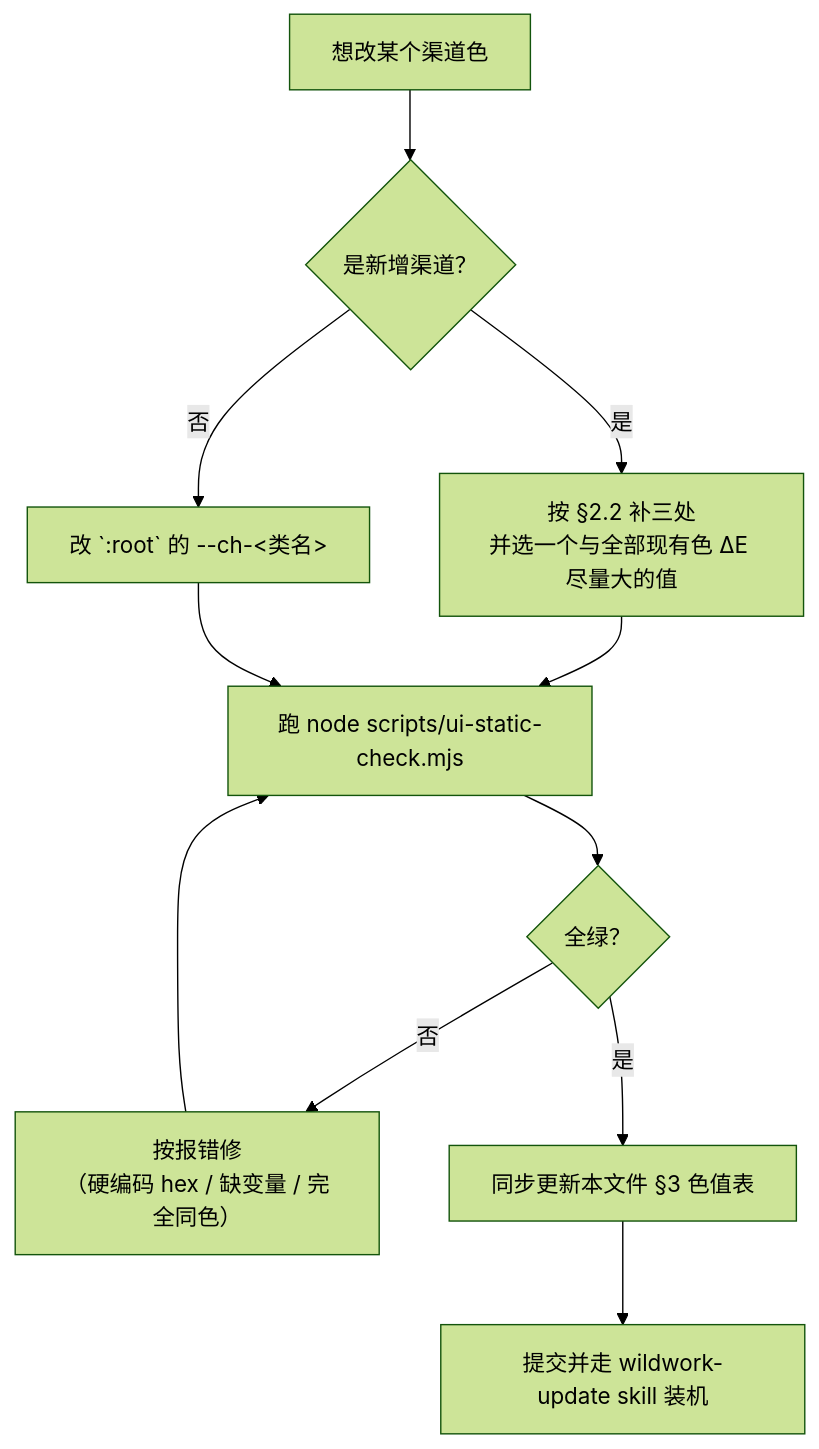
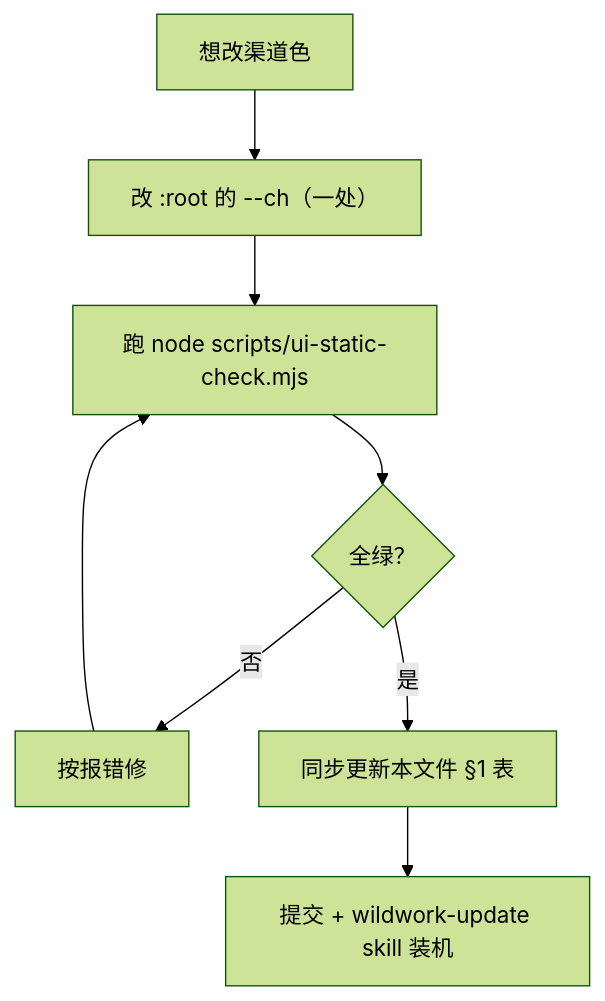
Before and after one commit to Abird64/wild-work: the second of 2 diagrams in docs/渠道配色规范.md, drawn with Mermaid (forest theme). The commit also changed other lines of this file and 10 other files, not shown here.

````diff
--- a/docs/渠道配色规范.md
+++ b/docs/渠道配色规范.md
@@ -142,13 +80,10 @@
 ```mermaid
 flowchart TD
-  A["想改某个渠道色"] --> B{"是新增渠道？"}
-  B -- 是 --> C["按 §2.2 补三处<br/>并选一个与全部现有色 ΔE 尽量大的值"]
-  B -- 否 --> D["改 `:root` 的 --ch-&lt;类名&gt;"]
-  C --> E["跑 node scripts/ui-static-check.mjs"]
-  D --> E
-  E --> F{"全绿？"}
-  F -- 否 --> G["按报错修<br/>（硬编码 hex / 缺变量 / 完全同色）"]
-  G --> E
-  F -- 是 --> H["同步更新本文件 §3 色值表"]
-  H --> I["提交并走 wildwork-update skill 装机"]
+  A["想改渠道色"] --> B["改 :root 的 --ch（一处）"]
+  B --> C["跑 node scripts/ui-static-check.mjs"]
+  C --> D{"全绿？"}
+  D -- 否 --> E["按报错修"]
+  E --> C
+  D -- 是 --> F["同步更新本文件 §1 表"]
+  F --> G["提交 + wildwork-update skill 装机"]
 ```
````
